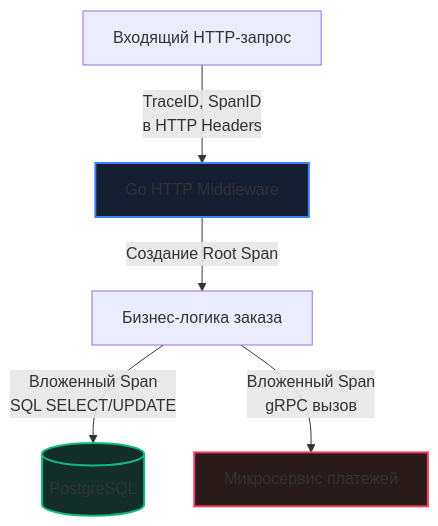
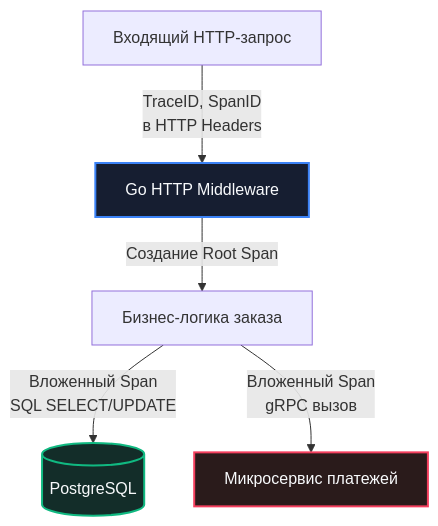
Before and after one commit to UnrealTemplier/go-textbook: the diagram in sources/16. Профилирование, отладка и производительность/10. Highload/8. Observability и performance.md, drawn with Mermaid. The commit also changed 310 other files, not shown here.

First line of the commit message:
fix(mermaid): replace light fill colors with dark palette for readability on dark theme

````diff
--- a/sources/16. Профилирование, отладка и производительность/10. Highload/8. Observability и performance.md
+++ b/sources/16. Профилирование, отладка и производительность/10. Highload/8. Observability и performance.md
@@ -64,11 +64,11 @@
 ```mermaid
 flowchart TD
     Client["Входящий HTTP-запрос"] -->|"TraceID, SpanID<br>в HTTP Headers"| Mid["Go HTTP Middleware"]
     Mid -->|"Создание Root Span"| Logic["Бизнес-логика заказа"]
     Logic -->|"Вложенный Span<br>SQL SELECT/UPDATE"| DB[("PostgreSQL")]
     Logic -->|"Вложенный Span<br>gRPC вызов"| Payment["Микросервис платежей"]
     
-    style Mid fill:#161e31,stroke:#3b82f6,stroke-width:2px
-    style DB fill:#132d29,stroke:#10b981,stroke-width:2px
-    style Payment fill:#2a1b1b,stroke:#f43f5e,stroke-width:2px
+    style Mid fill:#161e31,stroke:#3b82f6,stroke-width:2px,color:#f8fafc
+    style DB fill:#132d29,stroke:#10b981,stroke-width:2px,color:#f8fafc
+    style Payment fill:#2a1b1b,stroke:#f43f5e,stroke-width:2px,color:#f8fafc
 ```
````
